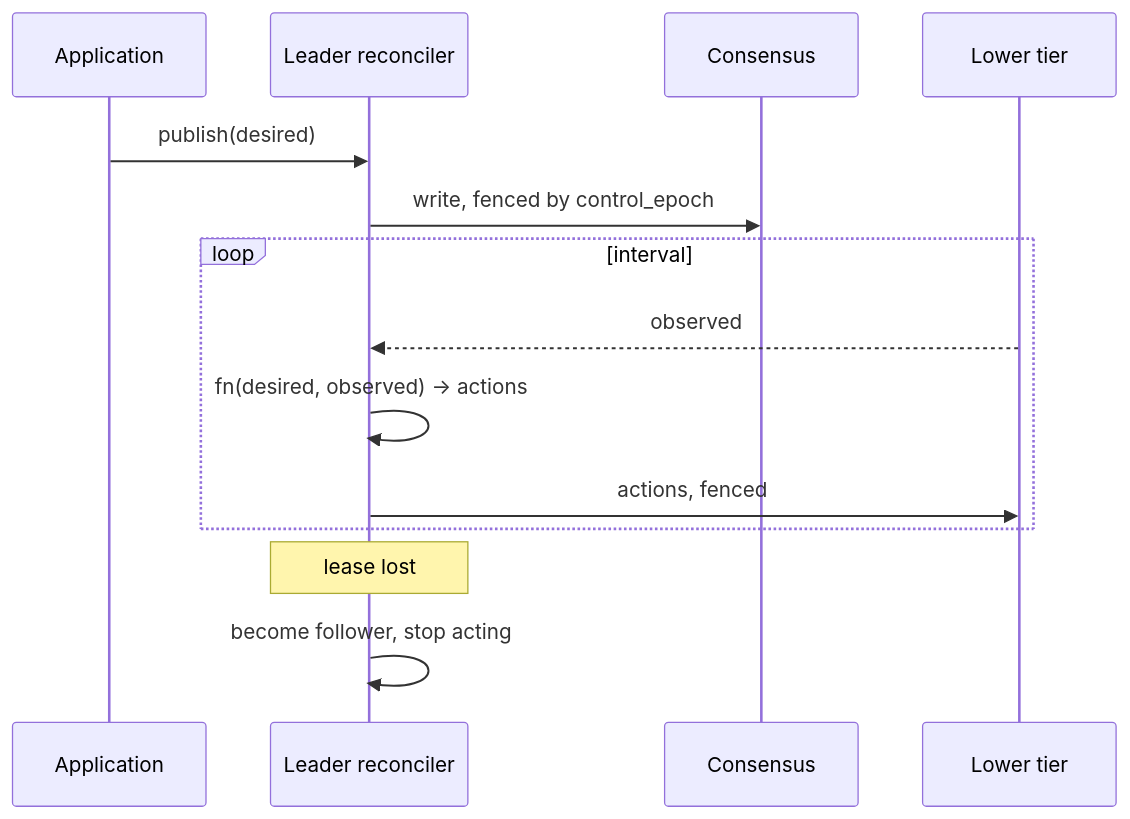
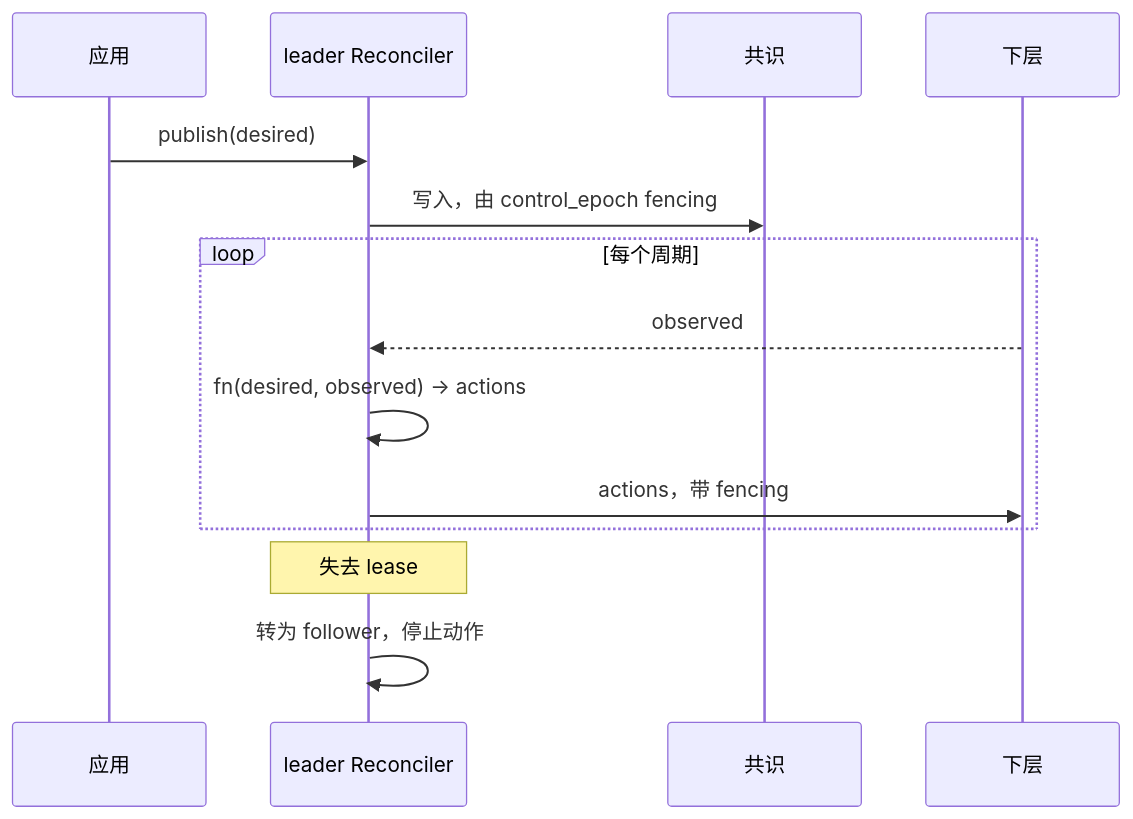
The second of 2 diagrams in docs/03-modules/03-reconciliation.md (HSPK/tinyray), drawn with Mermaid before and after one commit. The commit also changed other lines of this file and 33 other files, not shown here.

````diff
--- a/docs/03-modules/03-reconciliation.md
+++ b/docs/03-modules/03-reconciliation.md
@@ -88,17 +86,17 @@
 ```mermaid
 sequenceDiagram
-    participant A as Application
-    participant L as Leader reconciler
-    participant KV as Consensus
-    participant C as Lower tier
+    participant A as 应用
+    participant L as leader Reconciler
+    participant KV as 共识
+    participant C as 下层
 
     A->>L: publish(desired)
-    L->>KV: write, fenced by control_epoch
-    loop interval
+    L->>KV: 写入，由 control_epoch fencing
+    loop 每个周期
         C-->>L: observed
         L->>L: fn(desired, observed) -> actions
-        L->>C: actions, fenced
+        L->>C: actions，带 fencing
     end
-    Note over L: lease lost
-    L->>L: become follower, stop acting
+    Note over L: 失去 lease
+    L->>L: 转为 follower，停止动作
 ```
````
